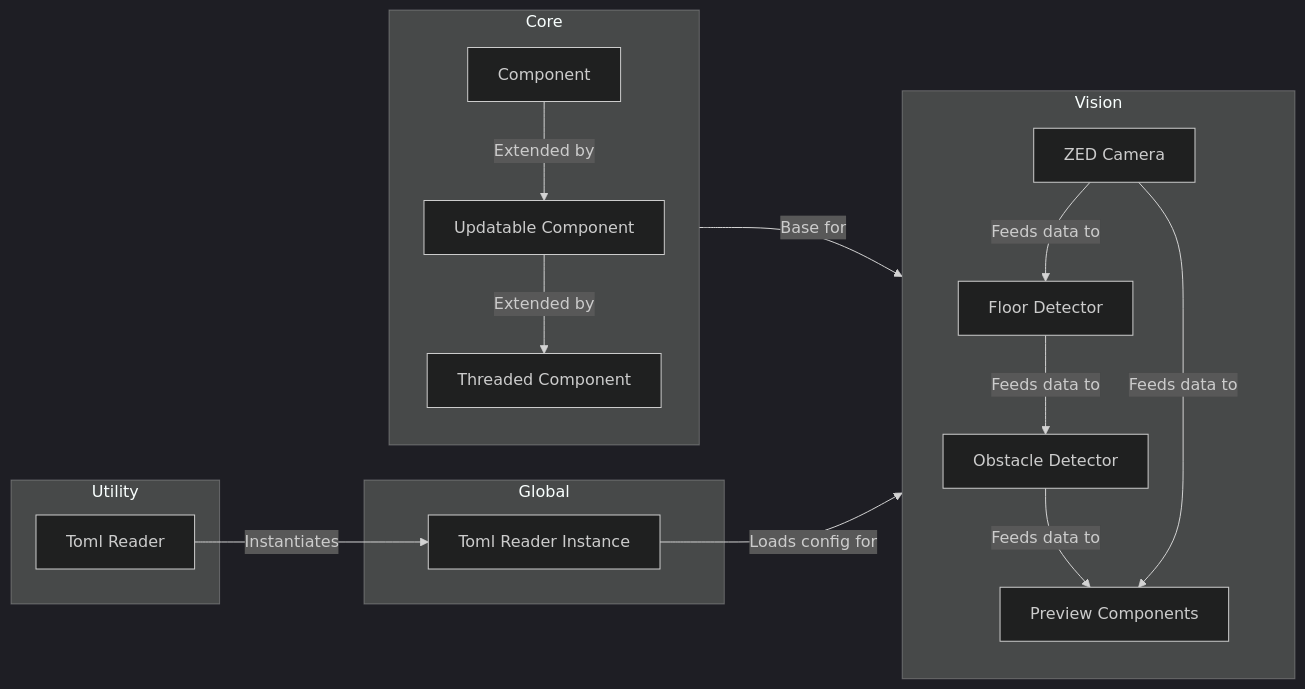
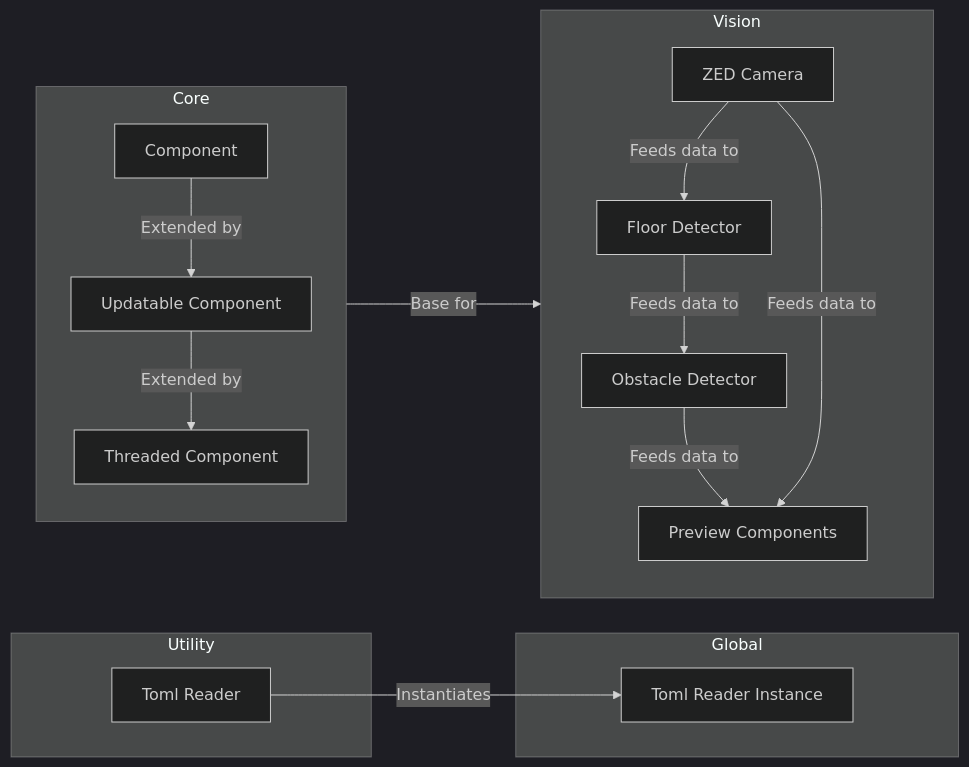
The diagram in docs/codebase/index.md (kasper-szczerba/autonomous_control_system_wiki), drawn with Mermaid (dark theme) before and after one commit. The commit also changed 8 other files, not shown here.

Commit message:
updated the docs to reflect the new toml reader usage

````diff
--- a/docs/codebase/index.md
+++ b/docs/codebase/index.md
@@ -7,35 +7,34 @@
 ```mermaid
 graph LR
     subgraph global["Global"]
         toml_reader_instance["Toml Reader Instance"]
     end
 
     subgraph core["Core"]
         component["Component"]
         updatable["Updatable Component"]
         threaded["Threaded Component"]
 
         component -->|Extended by| updatable
         updatable -->|Extended by| threaded
     end
 
     subgraph utility["Utility"]
         toml["Toml Reader"]
     end
 
     subgraph vision["Vision"]
         zed["ZED Camera"]
         floor["Floor Detector"]
         obstacle["Obstacle Detector"]
         previews["Preview Components"]
 
         zed -->|Feeds data to| floor
         floor -->|Feeds data to| obstacle
         obstacle -->|Feeds data to| previews
         zed -->|Feeds data to| previews
     end
 
     core -->|Base for| vision
     toml -->|Instantiates| toml_reader_instance
-    toml_reader_instance -->|Loads config for| vision
 ```
````
